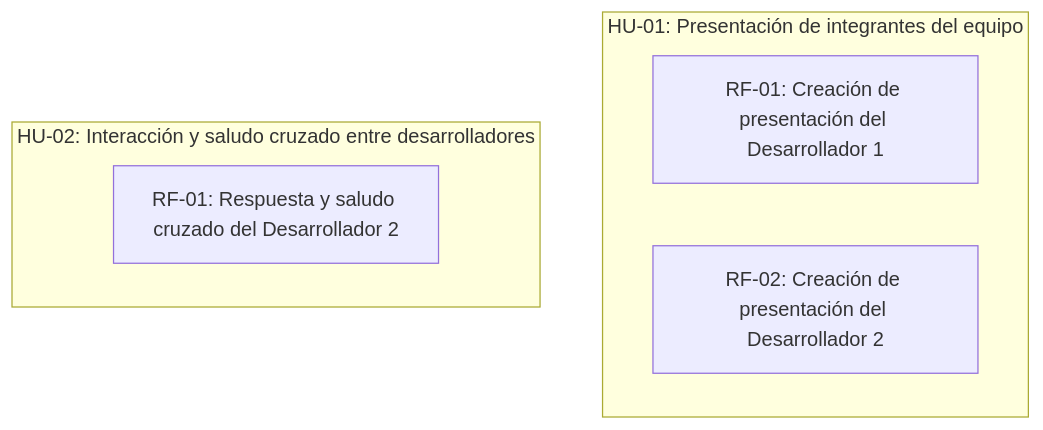
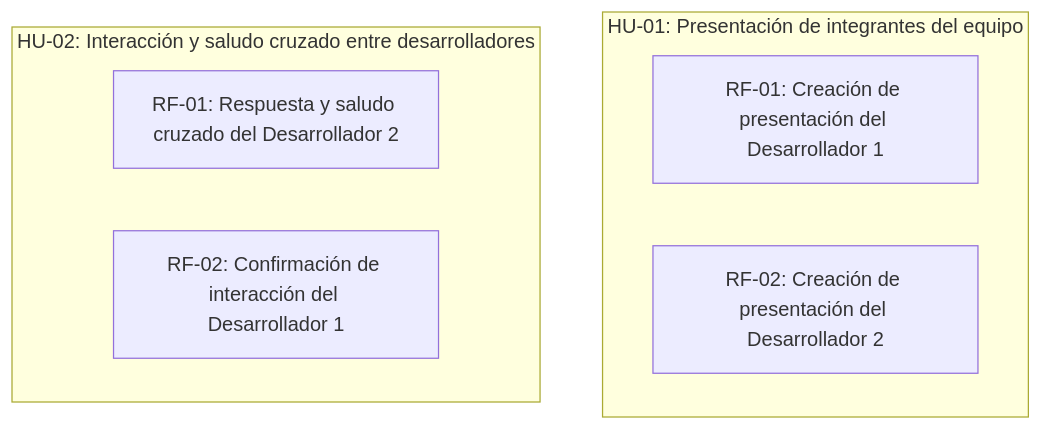
The diagram in scrumDocs/grafo.md (fiemcasals/pruebaBlanco), drawn with Mermaid before and after one commit. The commit also changed other lines of this file, not shown here.

````diff
--- a/scrumDocs/grafo.md
+++ b/scrumDocs/grafo.md
@@ -5,10 +5,11 @@
 ```mermaid
 graph TD
   subgraph US_1787232428829["HU-01: Presentación de integrantes del equipo"]
     REQ_1787233575852["RF-01: Creación de presentación del Desarrollador 1"]
     REQ_1787233583344["RF-02: Creación de presentación del Desarrollador 2"]
   end
   subgraph US_1787232434275["HU-02: Interacción y saludo cruzado entre desarrolladores"]
     REQ_1787233593724["RF-01: Respuesta y saludo cruzado del Desarrollador 2"]
+    REQ_1787233602143["RF-02: Confirmación de interacción del Desarrollador 1"]
   end
 ```
````
